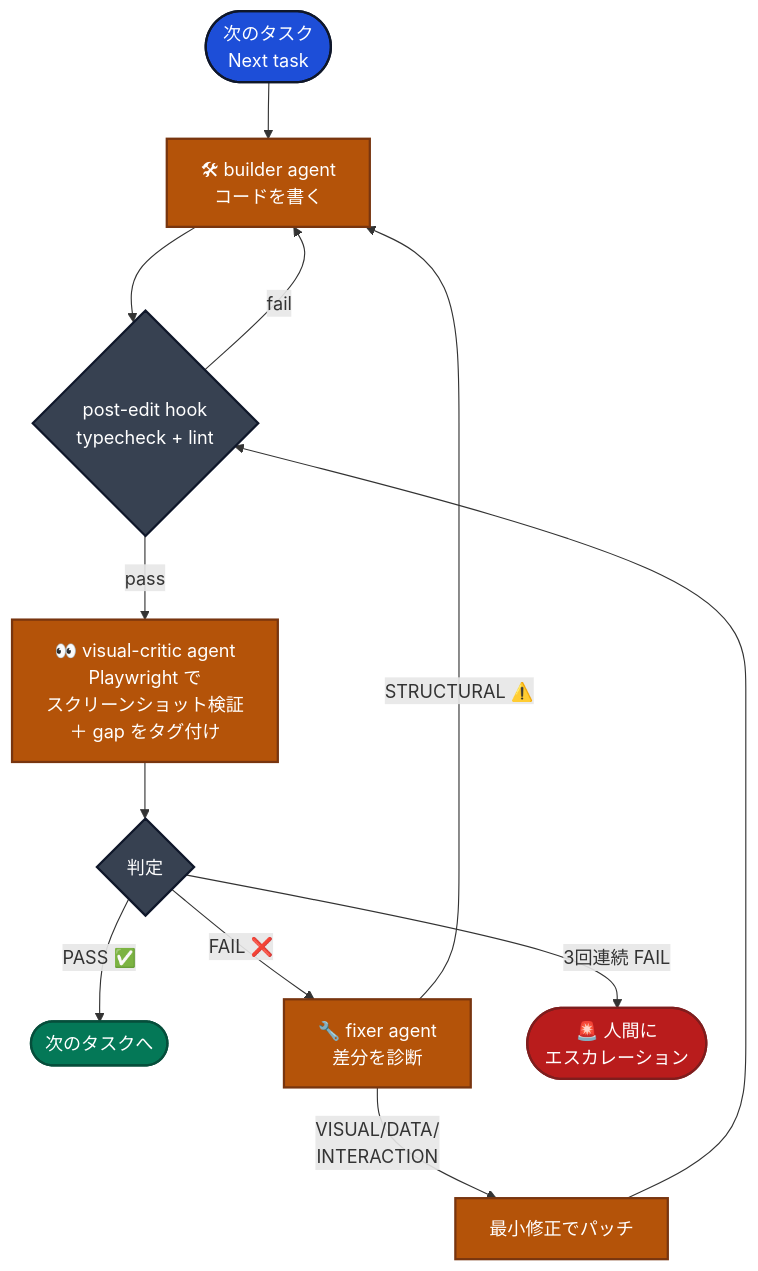
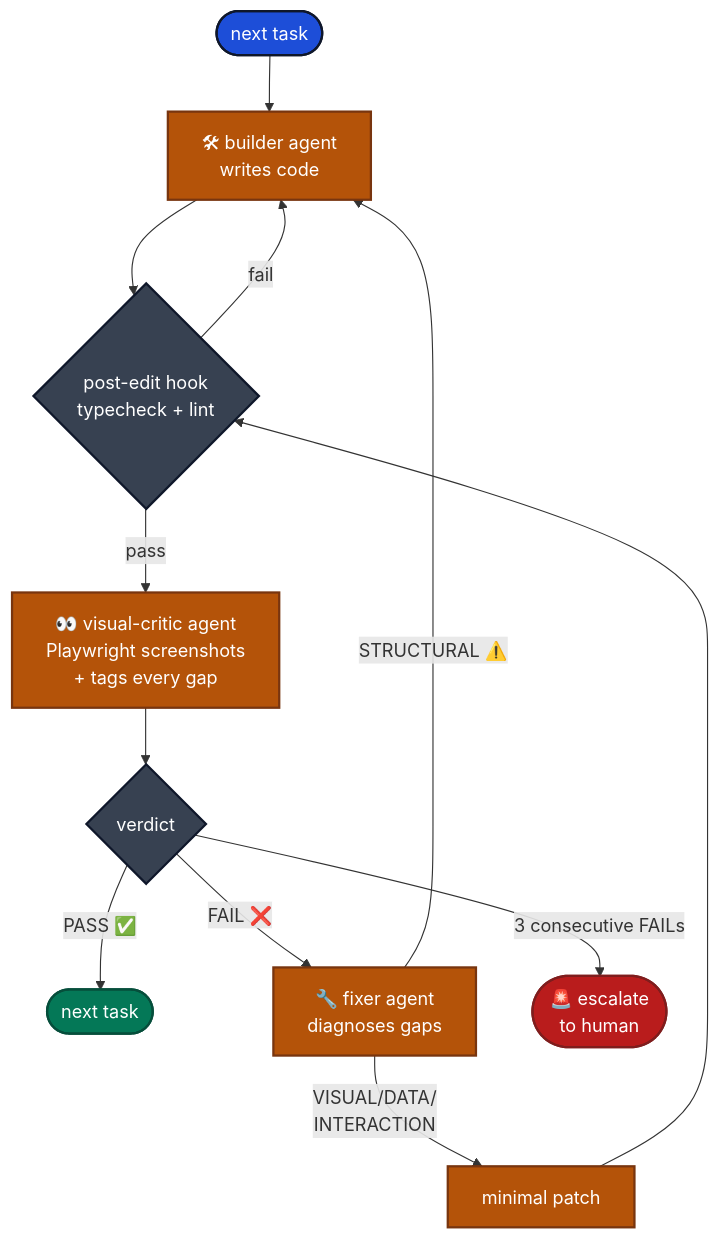
Before and after one commit to nukacha/claude-code-mock-starter: the second of 2 diagrams in README.md, drawn with Mermaid. The commit also changed other lines of this file and 1 other file, not shown here.

````diff
--- a/README.md
+++ b/README.md
@@ -218,24 +216,24 @@
 ```mermaid
 flowchart TD
-    Start([次のタスク<br/>Next task]) --> Builder[🛠 builder agent<br/>コードを書く]
+    Start([next task]) --> Builder[🛠 builder agent<br/>writes code]
     Builder --> Hook{post-edit hook<br/>typecheck + lint}
     Hook -->|fail| Builder
-    Hook -->|pass| Critic[👀 visual-critic agent<br/>Playwright で<br/>スクリーンショット検証<br/>＋ gap をタグ付け]
-    Critic --> Verdict{判定}
-    Verdict -->|PASS ✅| Next([次のタスクへ])
-    Verdict -->|FAIL ❌| Fixer[🔧 fixer agent<br/>差分を診断]
-    Fixer -->|VISUAL/DATA/<br/>INTERACTION| Patch[最小修正でパッチ]
+    Hook -->|pass| Critic[👀 visual-critic agent<br/>Playwright screenshots<br/>+ tags every gap]
+    Critic --> Verdict{verdict}
+    Verdict -->|PASS ✅| Next([next task])
+    Verdict -->|FAIL ❌| Fixer[🔧 fixer agent<br/>diagnoses gaps]
+    Fixer -->|VISUAL/DATA/<br/>INTERACTION| Patch[minimal patch]
     Patch --> Hook
     Fixer -->|STRUCTURAL ⚠️| Builder
-    Verdict -->|3回連続 FAIL| Escalate([🚨 人間に<br/>エスカレーション])
+    Verdict -->|3 consecutive FAILs| Escalate([🚨 escalate<br/>to human])
 
     style Start fill:#1d4ed8,stroke:#0f172a,stroke-width:2px,color:#ffffff
     style Next fill:#047857,stroke:#064e3b,stroke-width:2px,color:#ffffff
     style Escalate fill:#b91c1c,stroke:#7f1d1d,stroke-width:2px,color:#ffffff
     style Builder fill:#b45309,stroke:#78350f,stroke-width:2px,color:#ffffff
     style Critic fill:#b45309,stroke:#78350f,stroke-width:2px,color:#ffffff
     style Fixer fill:#b45309,stroke:#78350f,stroke-width:2px,color:#ffffff
     style Patch fill:#b45309,stroke:#78350f,stroke-width:2px,color:#ffffff
     style Hook fill:#374151,stroke:#0f172a,stroke-width:2px,color:#ffffff
     style Verdict fill:#374151,stroke:#0f172a,stroke-width:2px,color:#ffffff
 ```
````
